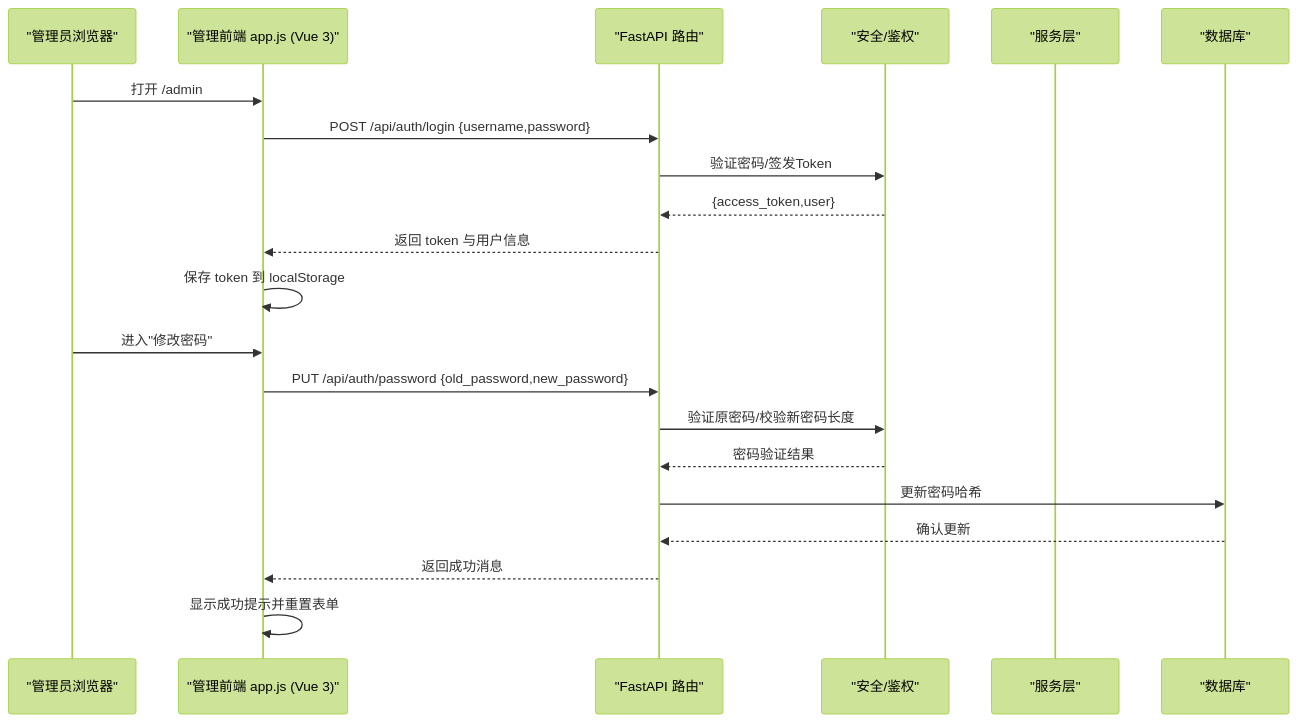
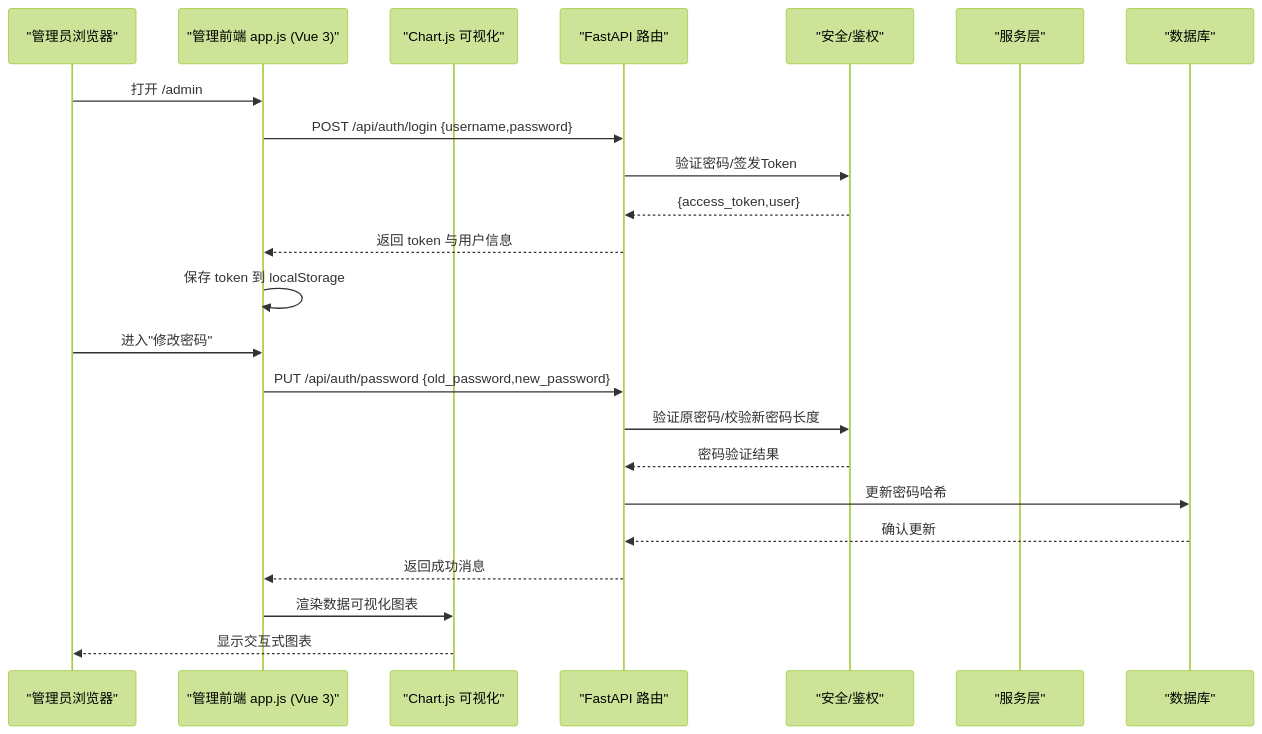
Before and after one commit to onebody/homework: the second of 10 diagrams in .qoder/repowiki/zh/content/暑假作业打卡系统/前端应用设计/管理后台应用.md, drawn with Mermaid (forest theme). The commit also changed other lines of this file and 14 other files, not shown here.

````diff
--- a/.qoder/repowiki/zh/content/暑假作业打卡系统/前端应用设计/管理后台应用.md
+++ b/.qoder/repowiki/zh/content/暑假作业打卡系统/前端应用设计/管理后台应用.md
@@ -115,23 +114,25 @@
 ```mermaid
 sequenceDiagram
 participant Admin as "管理员浏览器"
 participant FE as "管理前端 app.js (Vue 3)"
+participant Chart as "Chart.js 可视化"
 participant API as "FastAPI 路由"
 participant Auth as "安全/鉴权"
 participant Svc as "服务层"
 participant DB as "数据库"
 Admin->>FE : 打开 /admin
 FE->>API : POST /api/auth/login {username,password}
 API->>Auth : 验证密码/签发Token
 Auth-->>API : {access_token,user}
 API-->>FE : 返回 token 与用户信息
 FE->>FE : 保存 token 到 localStorage
 Admin->>FE : 进入"修改密码"
 FE->>API : PUT /api/auth/password {old_password,new_password}
 API->>Auth : 验证原密码/校验新密码长度
 Auth-->>API : 密码验证结果
 API->>DB : 更新密码哈希
 DB-->>API : 确认更新
 API-->>FE : 返回成功消息
-FE->>FE : 显示成功提示并重置表单
+FE->>Chart : 渲染数据可视化图表
+Chart-->>Admin : 显示交互式图表
 ```
````
